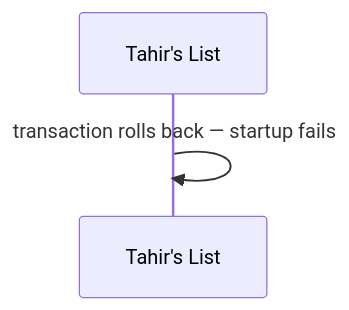
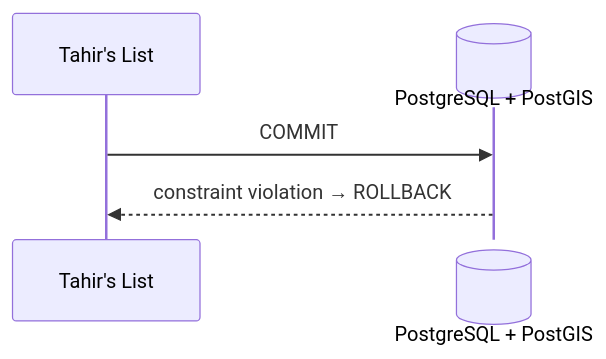
One commit to Losers-Lab/tahirs-list changed the fifth of 7 diagrams in docs/features/SC-211/04-blackbox/UC-03-load-reviewed-batch.md. Above: the diagram before and after it, drawn with Mermaid. The commit also changed other lines of this file and 10 other files, not shown here.

Commit message:
[SC-211] Apply diagram actor and data-store conventions

````diff
--- a/docs/features/SC-211/04-blackbox/UC-03-load-reviewed-batch.md
+++ b/docs/features/SC-211/04-blackbox/UC-03-load-reviewed-batch.md
@@ -46,5 +52,7 @@
 ```mermaid
 sequenceDiagram
   participant TL as Tahir's List
-  TL->>TL: transaction rolls back — startup fails
+  participant DB@{ "type": "database" } as PostgreSQL + PostGIS
+  TL->>DB: COMMIT
+  DB-->>TL: constraint violation → ROLLBACK
 ```
````
